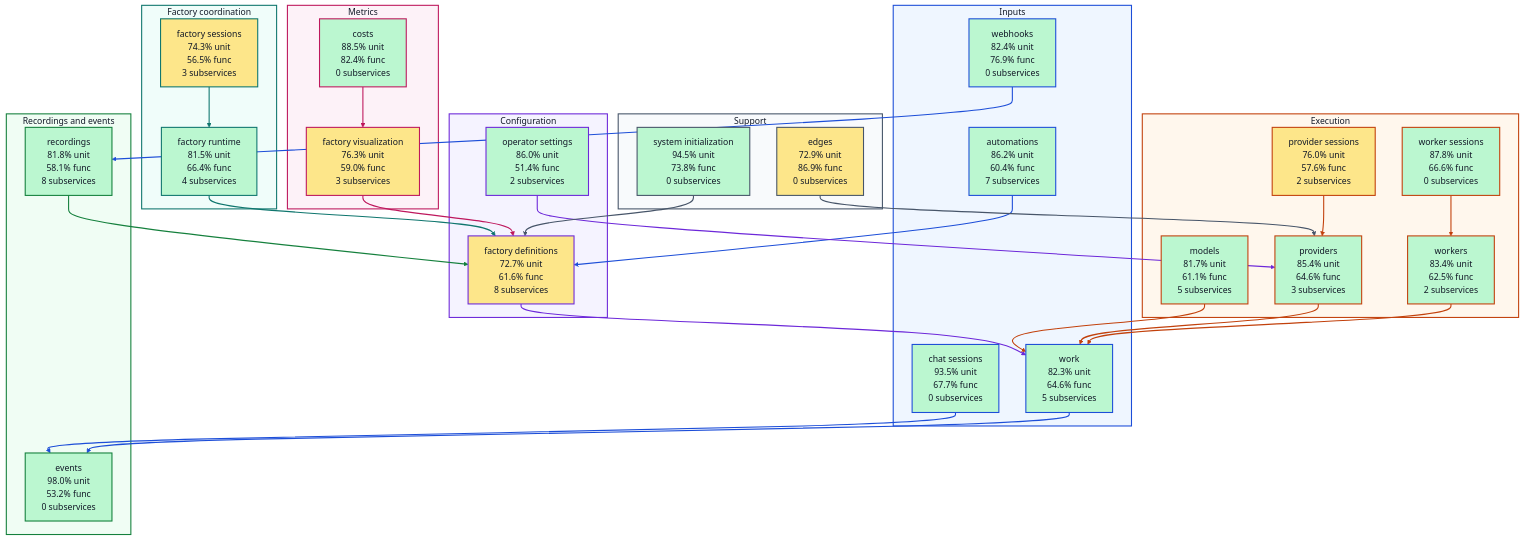
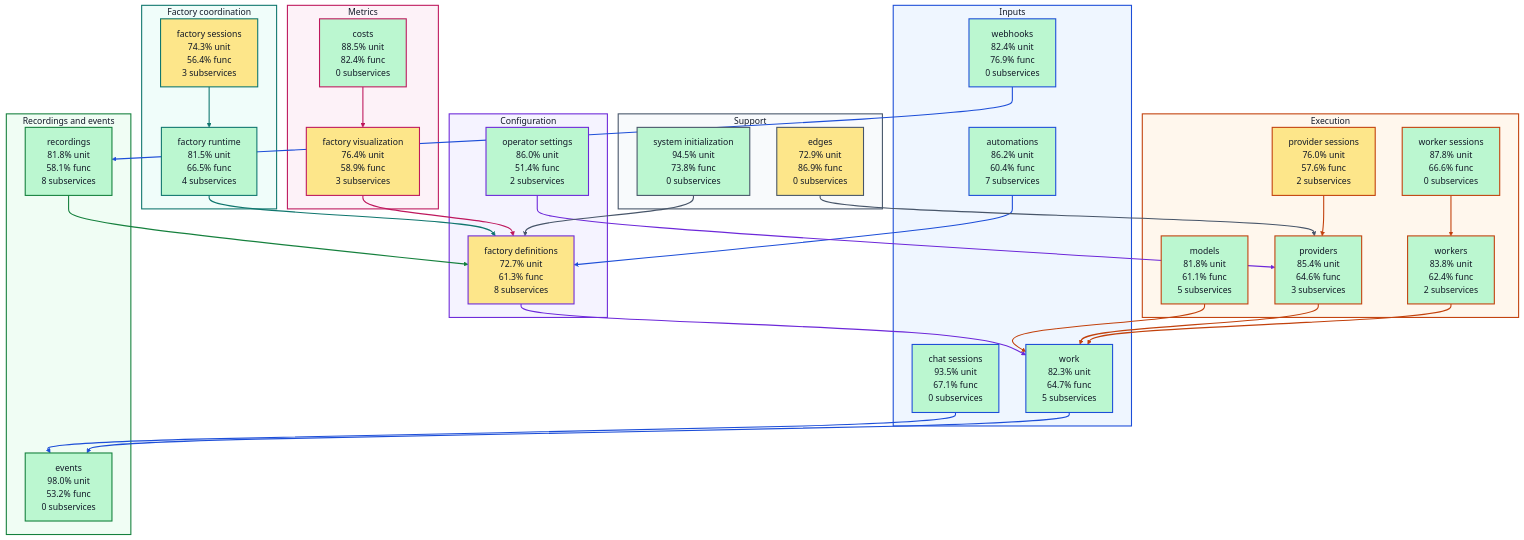
Before and after one commit to portpowered/you-agent-factory: the diagram in docs/architecture/visualizations/high-level-test-coverage.md, drawn with Mermaid (base theme). The commit also changed other lines of this file and 20 other files, not shown here.

Commit message:
docs: refresh backend architecture visualizations

```diff
--- a/docs/architecture/visualizations/high-level-test-coverage.md
+++ b/docs/architecture/visualizations/high-level-test-coverage.md
@@ -12,24 +12,24 @@
 flowchart TB
   subgraph input["Inputs"]
     s_services_automations["automations<br/>86.2% unit<br/>60.4% func<br/>7 subservices"]
-    s_services_chat_sessions["chat sessions<br/>93.5% unit<br/>67.7% func<br/>0 subservices"]
+    s_services_chat_sessions["chat sessions<br/>93.5% unit<br/>67.1% func<br/>0 subservices"]
     s_services_webhooks["webhooks<br/>82.4% unit<br/>76.9% func<br/>0 subservices"]
-    s_services_work["work<br/>82.3% unit<br/>64.6% func<br/>5 subservices"]
+    s_services_work["work<br/>82.3% unit<br/>64.7% func<br/>5 subservices"]
   end
   subgraph configuration["Configuration"]
-    s_services_factory_definitions["factory definitions<br/>72.7% unit<br/>61.6% func<br/>8 subservices"]
+    s_services_factory_definitions["factory definitions<br/>72.7% unit<br/>61.3% func<br/>8 subservices"]
     s_services_operator_settings["operator settings<br/>86.0% unit<br/>51.4% func<br/>2 subservices"]
   end
   subgraph coordination["Factory coordination"]
-    s_services_factory_runtime["factory runtime<br/>81.5% unit<br/>66.4% func<br/>4 subservices"]
-    s_services_factory_sessions["factory sessions<br/>74.3% unit<br/>56.5% func<br/>3 subservices"]
+    s_services_factory_runtime["factory runtime<br/>81.5% unit<br/>66.5% func<br/>4 subservices"]
+    s_services_factory_sessions["factory sessions<br/>74.3% unit<br/>56.4% func<br/>3 subservices"]
   end
   subgraph execution["Execution"]
-    s_services_models["models<br/>81.7% unit<br/>61.1% func<br/>5 subservices"]
+    s_services_models["models<br/>81.8% unit<br/>61.1% func<br/>5 subservices"]
     s_services_provider_sessions["provider sessions<br/>76.0% unit<br/>57.6% func<br/>2 subservices"]
     s_services_providers["providers<br/>85.4% unit<br/>64.6% func<br/>3 subservices"]
     s_services_worker_sessions["worker sessions<br/>87.8% unit<br/>66.6% func<br/>0 subservices"]
-    s_services_workers["workers<br/>83.4% unit<br/>62.5% func<br/>2 subservices"]
+    s_services_workers["workers<br/>83.8% unit<br/>62.4% func<br/>2 subservices"]
   end
   subgraph recordings["Recordings and events"]
     s_services_events["events<br/>98.0% unit<br/>53.2% func<br/>0 subservices"]
@@ -37,7 +37,7 @@
   end
   subgraph metrics["Metrics"]
     s_services_costs["costs<br/>88.5% unit<br/>82.4% func<br/>0 subservices"]
-    s_services_factory_visualization["factory visualization<br/>76.3% unit<br/>59.0% func<br/>3 subservices"]
+    s_services_factory_visualization["factory visualization<br/>76.4% unit<br/>58.9% func<br/>3 subservices"]
   end
   subgraph support["Support"]
     s_services_edges["edges<br/>72.9% unit<br/>86.9% func<br/>0 subservices"]
```
